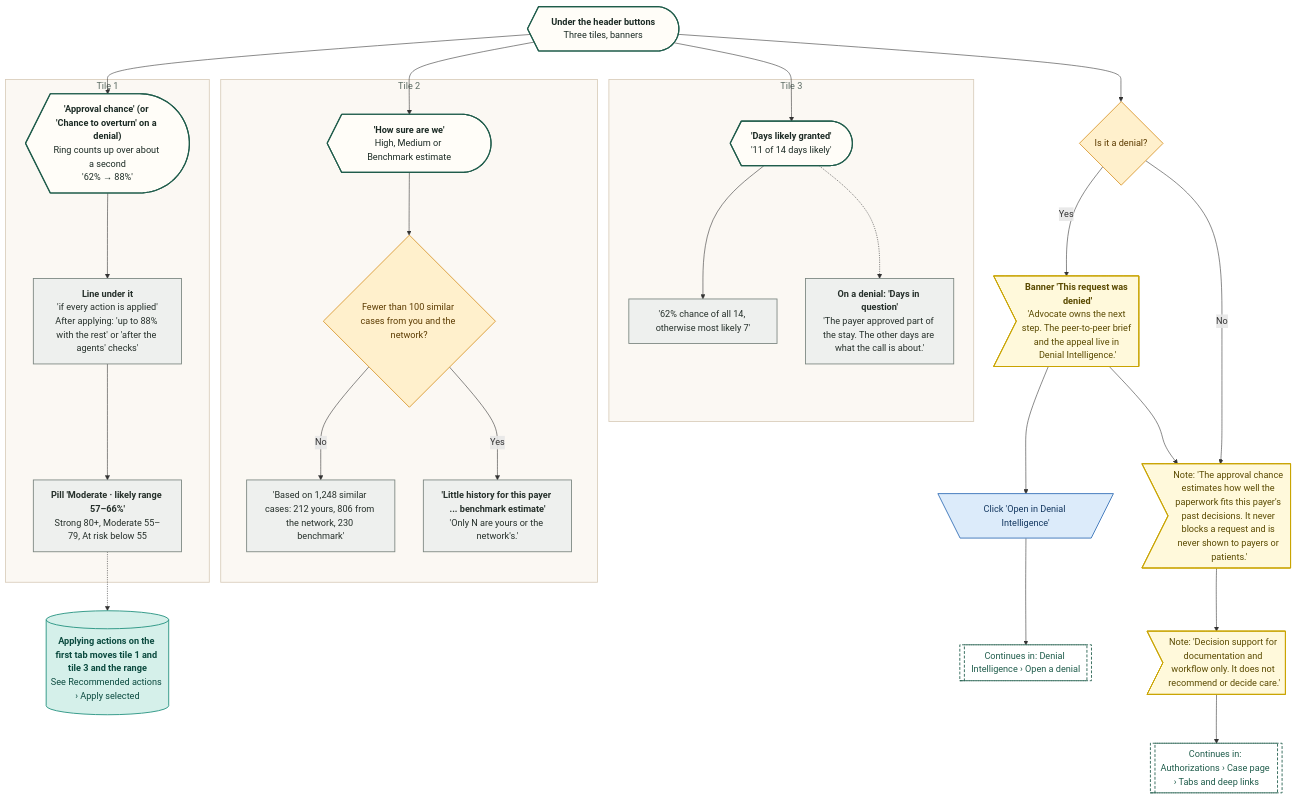
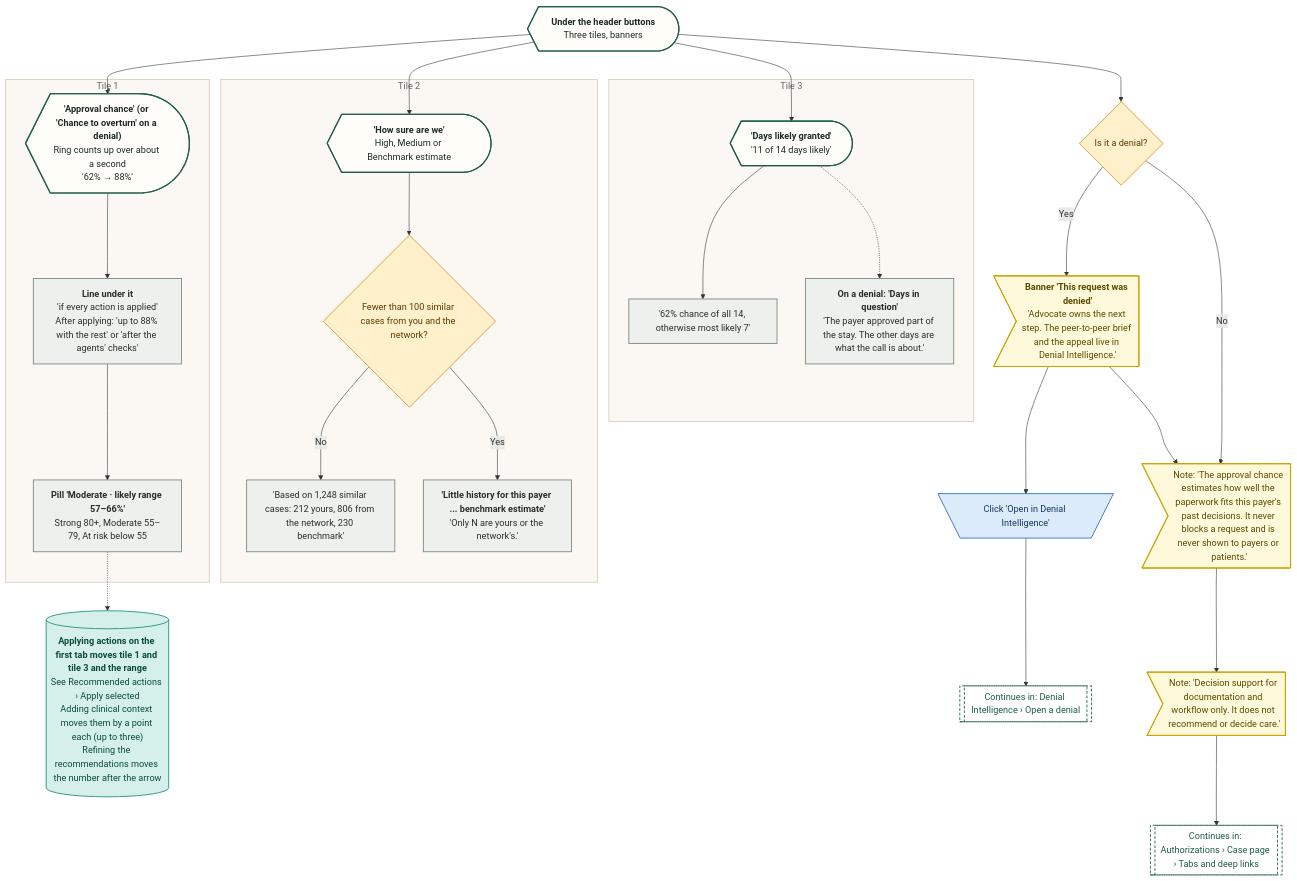
The eighth of 26 diagrams in demos/prior-auth-demo/workflows/out/md/03-authorizations.md (Shrav143/psyfloapp), drawn with Mermaid before and after one commit. The commit also changed other lines of this file and 195 other files, not shown here.

First line of the commit message:
docs: Rebuild workflow diagrams after the demo fixes (220 diagrams)

````diff
--- a/demos/prior-auth-demo/workflows/out/md/03-authorizations.md
+++ b/demos/prior-auth-demo/workflows/out/md/03-authorizations.md
@@ -584,67 +613,67 @@
 ```mermaid
 %%{init: {"theme":"base","themeVariables":{"fontFamily":"'DM Sans', 'Segoe UI', system-ui, sans-serif","fontSize":"15px","lineColor":"#5B6B63","primaryTextColor":"#1C2B25","clusterBkg":"#FBF8F3","clusterBorder":"#D9CDBB","edgeLabelBackground":"#FFFFFF"},"flowchart":{"curve":"basis","nodeSpacing":36,"rankSpacing":48,"padding":12,"htmlLabels":true,"useMaxWidth":false,"wrappingWidth":230}} }%%
 flowchart TD
   classDef k_start fill:#1F5C4B,stroke:#174638,color:#FFFFFF,stroke-width:1.5px,font-weight:600
   classDef k_end fill:#DDEFE3,stroke:#2E7D4F,color:#14502F,stroke-width:1.5px,font-weight:600
   classDef k_endx fill:#FBE3E0,stroke:#C0392B,color:#7A1F16,stroke-width:1.5px,font-weight:600
   classDef k_screen fill:#FFFDF8,stroke:#1F5C4B,color:#1C2B25,stroke-width:2px
   classDef k_overlay fill:#F1F7F3,stroke:#1F5C4B,color:#1C2B25,stroke-width:2px,stroke-dasharray:5 3
   classDef k_click fill:#DCEBFA,stroke:#2F6DB5,color:#12365F,stroke-width:1.5px
   classDef k_input fill:#E4E7FF,stroke:#4C5FD5,color:#1D2670,stroke-width:1.5px
   classDef k_process fill:#EEF0EE,stroke:#7A857F,color:#26302B,stroke-width:1.5px
   classDef k_agent fill:#EEE5FA,stroke:#7A4FC2,color:#341A63,stroke-width:1.5px
   classDef k_decision fill:#FFF0CC,stroke:#D9962B,color:#5C3B00,stroke-width:1.5px
   classDef k_store fill:#D5F0EA,stroke:#1C8E7B,color:#0B4A3F,stroke-width:1.5px
   classDef k_doc fill:#F6E9DC,stroke:#B07A4C,color:#4A2E14,stroke-width:1.5px
   classDef k_ext fill:#FFE6D2,stroke:#E07B39,color:#6B2F06,stroke-width:1.5px
   classDef k_wait fill:#E4E8EE,stroke:#6B7C93,color:#26303D,stroke-width:1.5px
   classDef k_toast fill:#FFF9DB,stroke:#C9A400,color:#5A4A00,stroke-width:1.5px
   classDef k_goto fill:#FFFFFF,stroke:#1F5C4B,color:#1F5C4B,stroke-width:1.5px,stroke-dasharray:5 3
   pg@{ shape: curv-trap, label: "<b>Under the header buttons</b><br/>Three tiles, banners" }
   subgraph gT1 ["Tile 1"]
   t1@{ shape: curv-trap, label: "<b>'Approval chance' (or 'Chance to overturn' on a denial)</b><br/>Ring counts up over about a second<br/>'62% → 88%'" }
   t1a@{ shape: rect, label: "<b>Line under it</b><br/>'if every action is applied'<br/>After applying: 'up to 88% with the rest' or 'after the agents' checks'" }
   t1b@{ shape: rect, label: "<b>Pill 'Moderate · likely range 57–66%'</b><br/>Strong 80+, Moderate 55–79, At risk below 55" }
   end
   subgraph gT2 ["Tile 2"]
   t2@{ shape: curv-trap, label: "<b>'How sure are we'</b><br/>High, Medium or Benchmark estimate" }
   dBm@{ shape: diam, label: "Fewer than 100 similar cases from you and the network?" }
   t2a@{ shape: rect, label: "'Based on 1,248 similar cases: 212 yours, 806 from the network, 230 benchmark'" }
   t2b@{ shape: rect, label: "<b>'Little history for this payer ... benchmark estimate'</b><br/>'Only N are yours or the network's.'" }
   end
   subgraph gT3 ["Tile 3"]
   t3@{ shape: curv-trap, label: "<b>'Days likely granted'</b><br/>'11 of 14 days likely'" }
   t3a@{ shape: rect, label: "'62% chance of all 14, otherwise most likely 7'" }
   t3b@{ shape: rect, label: "<b>On a denial: 'Days in question'</b><br/>'The payer approved part of the stay. The other days are what the call is about.'" }
   end
   dDn@{ shape: diam, label: "Is it a denial?" }
   bd@{ shape: odd, label: "<b>Banner 'This request was denied'</b><br/>'Advocate owns the next step. The peer-to-peer brief and the appeal live in Denial Intelligence.'" }
   bdo@{ shape: trap-t, label: "Click 'Open in Denial Intelligence'" }
   gD@{ shape: subproc, label: "Continues in: Denial Intelligence › Open a denial" }
   n1@{ shape: odd, label: "Note: 'The approval chance estimates how well the paperwork fits this payer's past decisions. It never blocks a request and is never shown to payers or patients.'" }
   n2@{ shape: odd, label: "Note: 'Decision support for documentation and workflow only. It does not recommend or decide care.'" }
   gT@{ shape: subproc, label: "Continues in: Authorizations › Case page › Tabs and deep links" }
-  ap@{ shape: cyl, label: "<b>Applying actions on the first tab moves tile 1 and tile 3 and the range</b><br/>See Recommended actions › Apply selected" }
+  ap@{ shape: cyl, label: "<b>Applying actions on the first tab moves tile 1 and tile 3 and the range</b><br/>See Recommended actions › Apply selected<br/>Adding clinical context moves them by a point each (up to three)<br/>Refining the recommendations moves the number after the arrow" }
   pg --> t1 --> t1a --> t1b
   pg --> t2 --> dBm
   dBm -->|"No"| t2a
   dBm -->|"Yes"| t2b
   pg --> t3 --> t3a
   t3 -.-> t3b
   pg --> dDn
   dDn -->|"Yes"| bd --> bdo --> gD
   dDn -->|"No"| n1
   bd --> n1
   n1 --> n2 --> gT
   t1b -.-> ap
   class pg,t1,t2,t3 k_screen
   class t1a,t1b,t2a,t2b,t3a,t3b k_process
   class dBm,dDn k_decision
   class bd,n1,n2 k_toast
   class bdo k_click
   class gD,gT k_goto
   class ap k_store
   style gT1 fill:#FBF8F3,stroke:#D9CDBB,stroke-width:1.5px,color:#5B6B63
   style gT2 fill:#FBF8F3,stroke:#D9CDBB,stroke-width:1.5px,color:#5B6B63
   style gT3 fill:#FBF8F3,stroke:#D9CDBB,stroke-width:1.5px,color:#5B6B63
 ```
````
